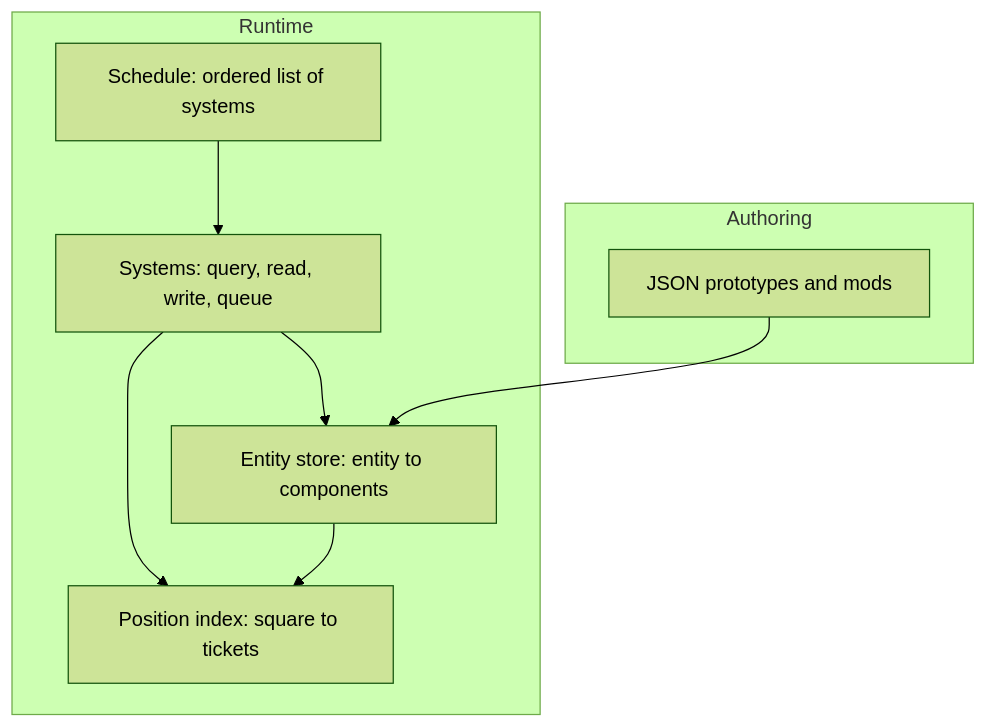
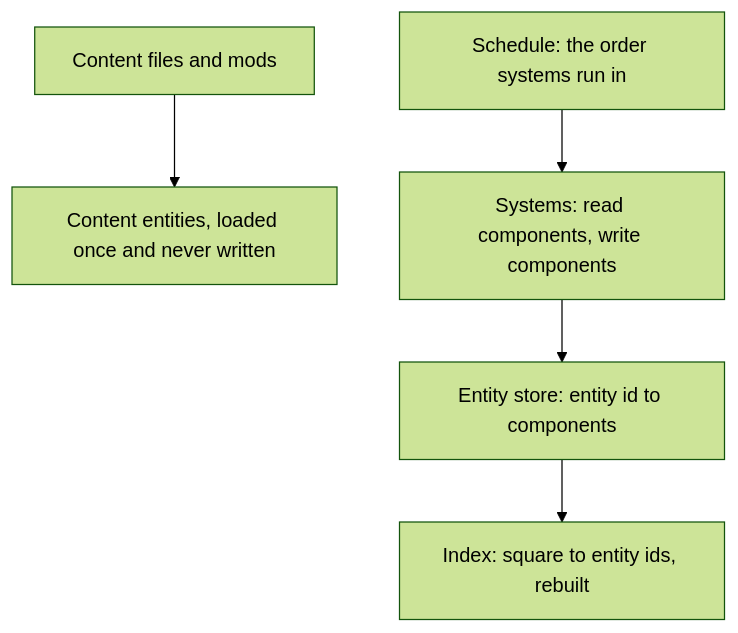
One commit to Cyclone1070/cdda-rs changed the first of 2 diagrams in docs/01-architecture.md. Above: the diagram before and after it, drawn with Mermaid (forest theme). The commit also changed other lines of this file and 10 other files, not shown here.

````diff
--- a/docs/01-architecture.md
+++ b/docs/01-architecture.md
@@ -17,17 +57,7 @@
 ```mermaid
 graph TD
-  subgraph Authoring
-    J["JSON prototypes and mods"]
-  end
-  subgraph Runtime
-    E["Entity store: entity to components"]
-    I["Position index: square to tickets"]
-    Y["Systems: query, read, write, queue"]
-    K["Schedule: ordered list of systems"]
-  end
-  J --> E
-  Y --> E
-  Y --> I
-  K --> Y
-  E --> I
+  J["Content files and mods"] --> C["Content entities, loaded once and never written"]
+  S["Entity store: entity id to components"] --> I["Index: square to entity ids, rebuilt"]
+  Y["Systems: read components, write components"] --> S
+  K["Schedule: the order systems run in"] --> Y
 ```
````
